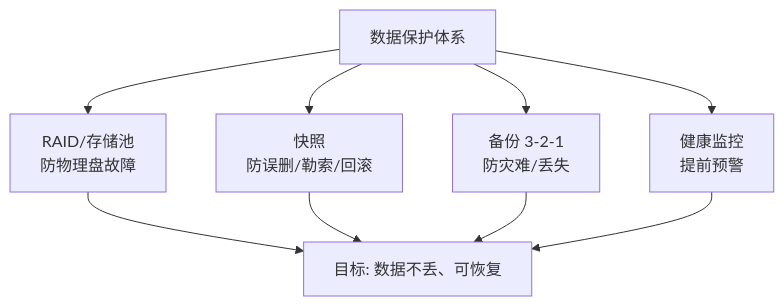
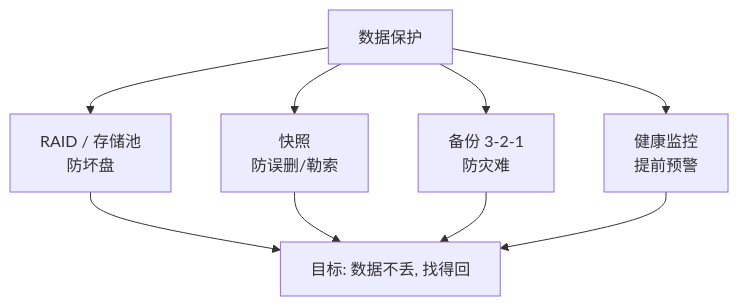
Before and after one commit to cv-superding/nas-guide: the diagram in docs/05-存储与数据保护/README.md, drawn with Mermaid. The commit also changed other lines of this file and 1 other file, not shown here.

````diff
--- a/docs/05-存储与数据保护/README.md
+++ b/docs/05-存储与数据保护/README.md
@@ -36,8 +32,8 @@
 ```mermaid
 flowchart TB
-    A[数据保护体系] --> B[RAID/存储池<br/>防物理盘故障]
-    A --> C[快照<br/>防误删/勒索/回滚]
-    A --> D[备份 3-2-1<br/>防灾难/丢失]
+    A[数据保护] --> B[RAID / 存储池<br/>防坏盘]
+    A --> C[快照<br/>防误删/勒索]
+    A --> D[备份 3-2-1<br/>防灾难]
     A --> E[健康监控<br/>提前预警]
-    B & C & D & E --> F[目标: 数据不丢、可恢复]
+    B & C & D & E --> F[目标: 数据不丢, 找得回]
 ```
````
